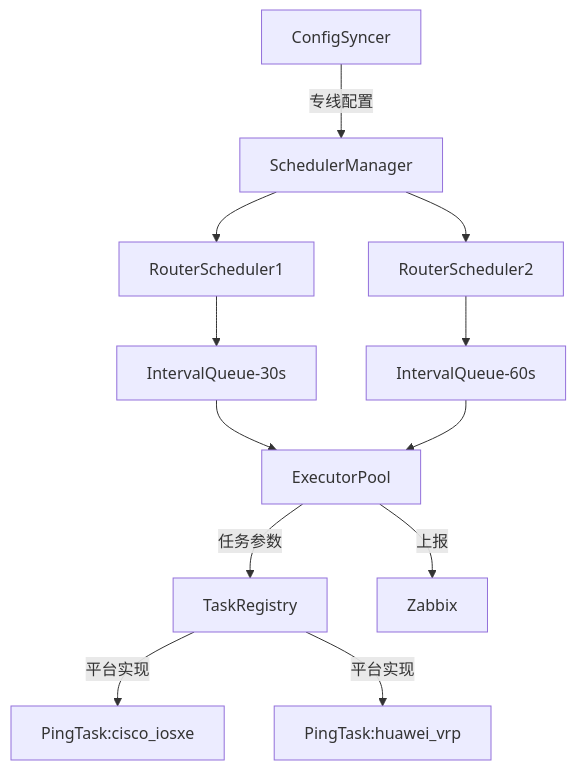
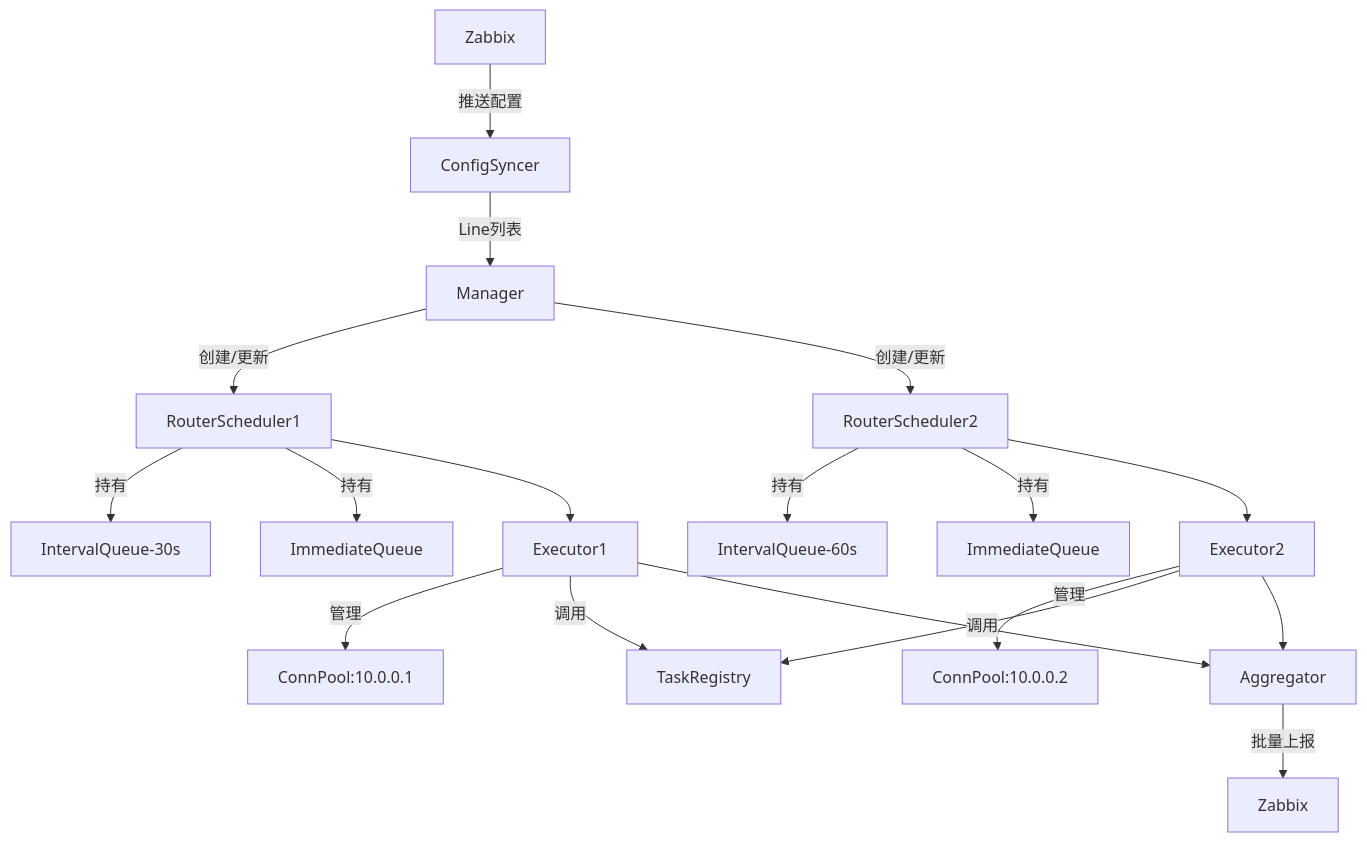
Before and after one commit to charlesren/zabbix_ddl_monitor: the first of 3 diagrams in spec/line_monitoring/design.md, drawn with Mermaid. The commit also changed other lines of this file, not shown here.

````diff
--- a/spec/line_monitoring/design.md
+++ b/spec/line_monitoring/design.md
@@ -11,14 +11,27 @@
 ```mermaid
 graph TD
-    A[ConfigSyncer] -->|专线配置| B[SchedulerManager]
-    B --> C[RouterScheduler1]
-    B --> D[RouterScheduler2]
-    C --> E[IntervalQueue-30s]
-    D --> F[IntervalQueue-60s]
-    E --> G[ExecutorPool]
-    F --> G
-    G -->|任务参数| H[TaskRegistry]
-    H -->|平台实现| I[PingTask:cisco_iosxe]
-    H -->|平台实现| J[PingTask:huawei_vrp]
-    G -->|上报| K[Zabbix]
+    %% 配置同步层
+    A[Zabbix] -->|推送配置| B[ConfigSyncer]
+    B -->|Line列表| C[Manager]
+
+    %% 任务调度层
+    C -->|创建/更新| D[RouterScheduler1]
+    C -->|创建/更新| E[RouterScheduler2]
+    D -->|持有| F[IntervalQueue-30s]
+    D -->|持有| G[ImmediateQueue]
+    E -->|持有| H[IntervalQueue-60s]
+    E -->|持有| I[ImmediateQueue]
+
+    %% 执行层（核心变更点）
+    D --> J[Executor1]
+    E --> K[Executor2]
+    J -->|管理| L[ConnPool:10.0.0.1]
+    K -->|管理| M[ConnPool:10.0.0.2]
+    J -->|调用| N[TaskRegistry]
+    K -->|调用| N
+
+    %% 结果上报层
+    J --> O[Aggregator]
+    K --> O
+    O -->|批量上报| P[Zabbix]
 ```
````
